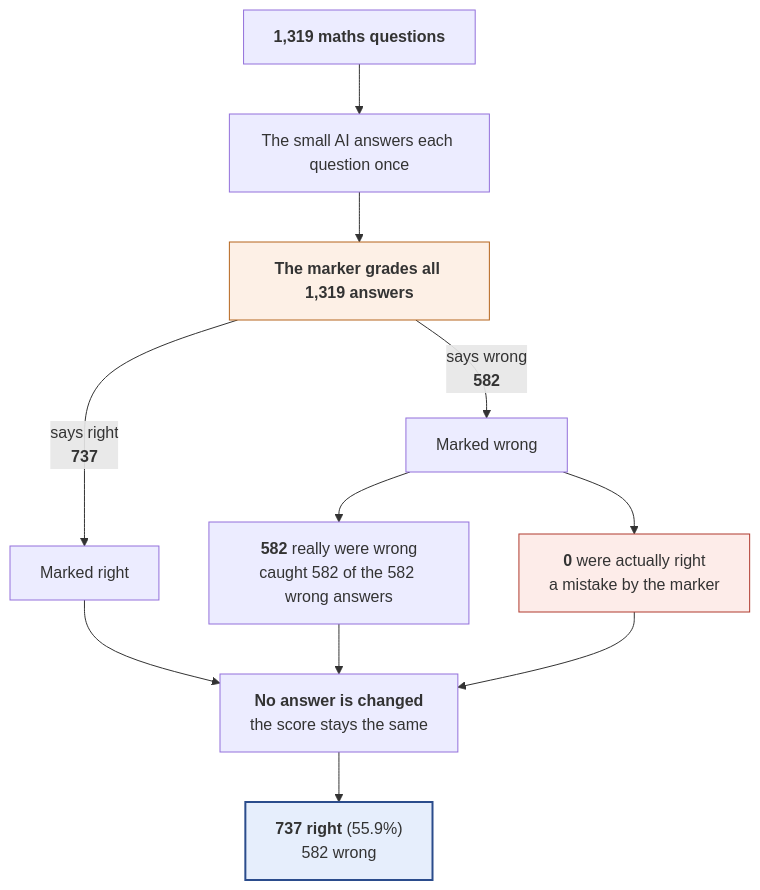
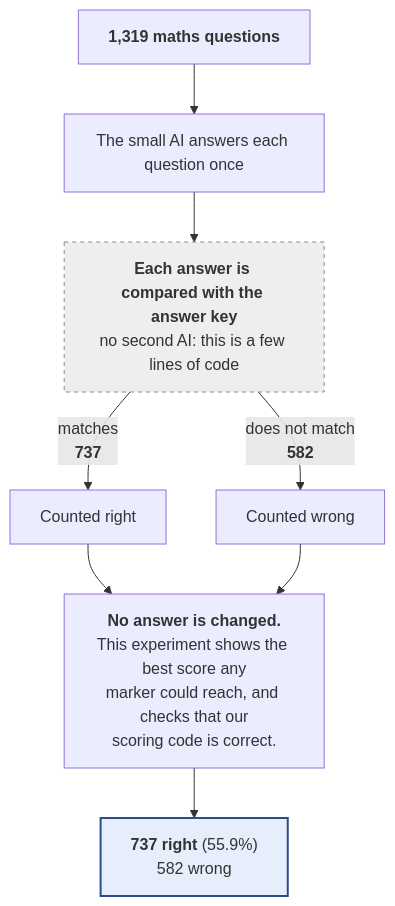
The second of 2 diagrams in docs/experiments/07_finetuned-model+perfect-checker-marks-all-answers/README.md (SaminYeaserKhan/gemma4-finetune), drawn with Mermaid before and after one commit. The commit also changed other lines of this file and 10 other files, not shown here.

First line of the commit message:
Fix experiment 07: no second model runs in it

````diff
--- a/docs/experiments/07_finetuned-model+perfect-checker-marks-all-answers/README.md
+++ b/docs/experiments/07_finetuned-model+perfect-checker-marks-all-answers/README.md
@@ -68,18 +65,14 @@
 ```mermaid
 flowchart TD
     Q["<b>1,319 maths questions</b>"]
     Q --> A["The small AI answers each question once"]
-    A --> M["<b>The marker grades all 1,319 answers</b>"]
-    M -->|"says right<br/><b>737</b>"| OK["Marked right"]
-    M -->|"says wrong<br/><b>582</b>"| NO["Marked wrong"]
-    NO --> NW["<b>582</b> really were wrong<br/>caught 582 of the 582 wrong answers"]
-    NO --> NR["<b>0</b> were actually right<br/>a mistake by the marker"]
-    OK --> SAME["<b>No answer is changed</b><br/>the score stays the same"]
-    NW --> SAME
-    NR --> SAME
+    A --> M["<b>Each answer is compared with the answer key</b><br/>no second AI: this is a few lines of code"]
+    M -->|"matches<br/><b>737</b>"| OK["Counted right"]
+    M -->|"does not match<br/><b>582</b>"| NO["Counted wrong"]
+    OK --> SAME["<b>No answer is changed.</b><br/>This experiment shows the best score any<br/>marker could reach, and checks that our<br/>scoring code is correct."]
+    NO --> SAME
     SAME --> RES
     RES["<b>737 right</b> (55.9%)<br/>582 wrong"]
-    style M fill:#fdf0e6,stroke:#b5651d
-    style NR fill:#fdece9,stroke:#b03a2e
+    style M fill:#eeeeee,stroke:#888,stroke-dasharray: 4 4
     style RES fill:#e6eefc,stroke:#2b4c8c,stroke-width:2px
 ```
````
